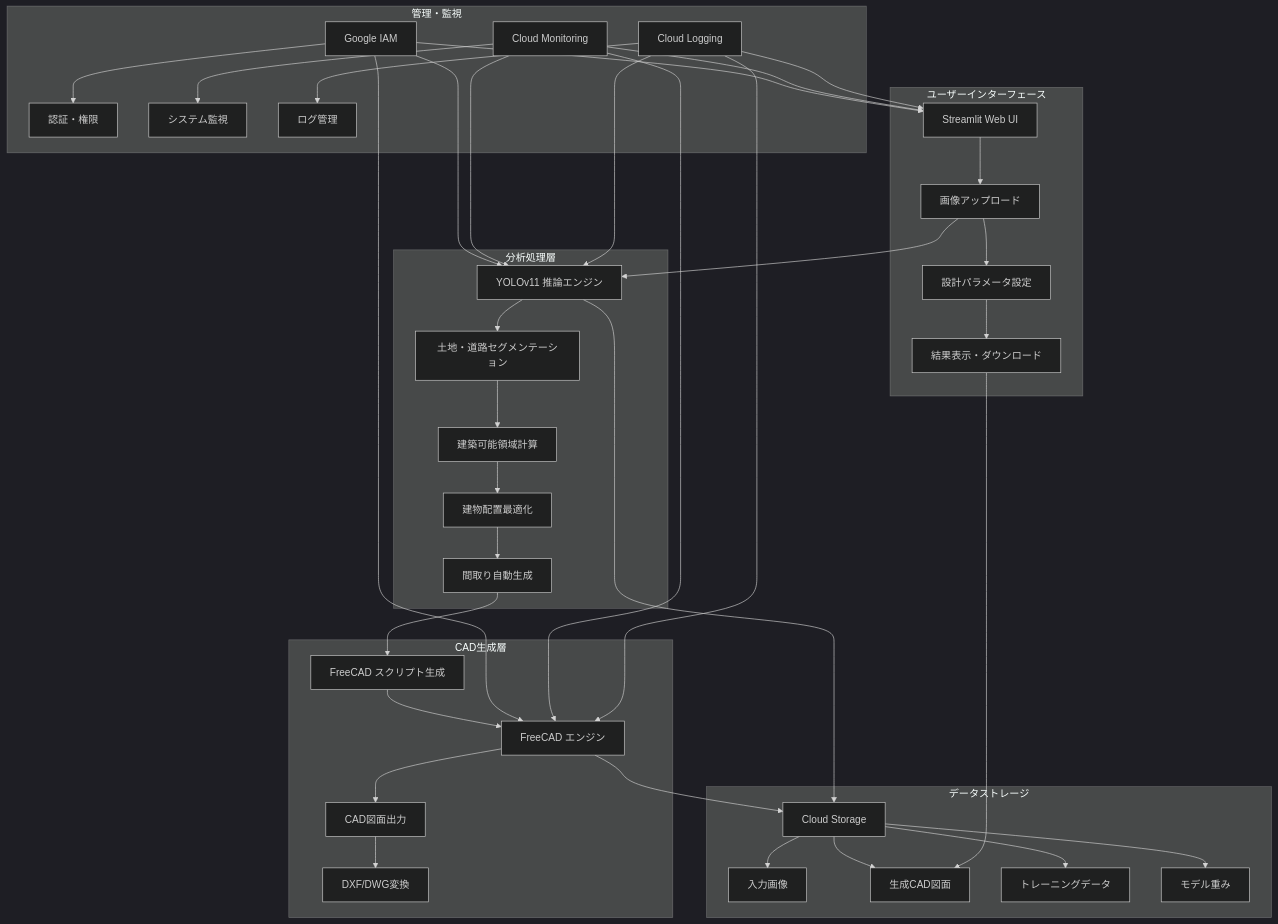
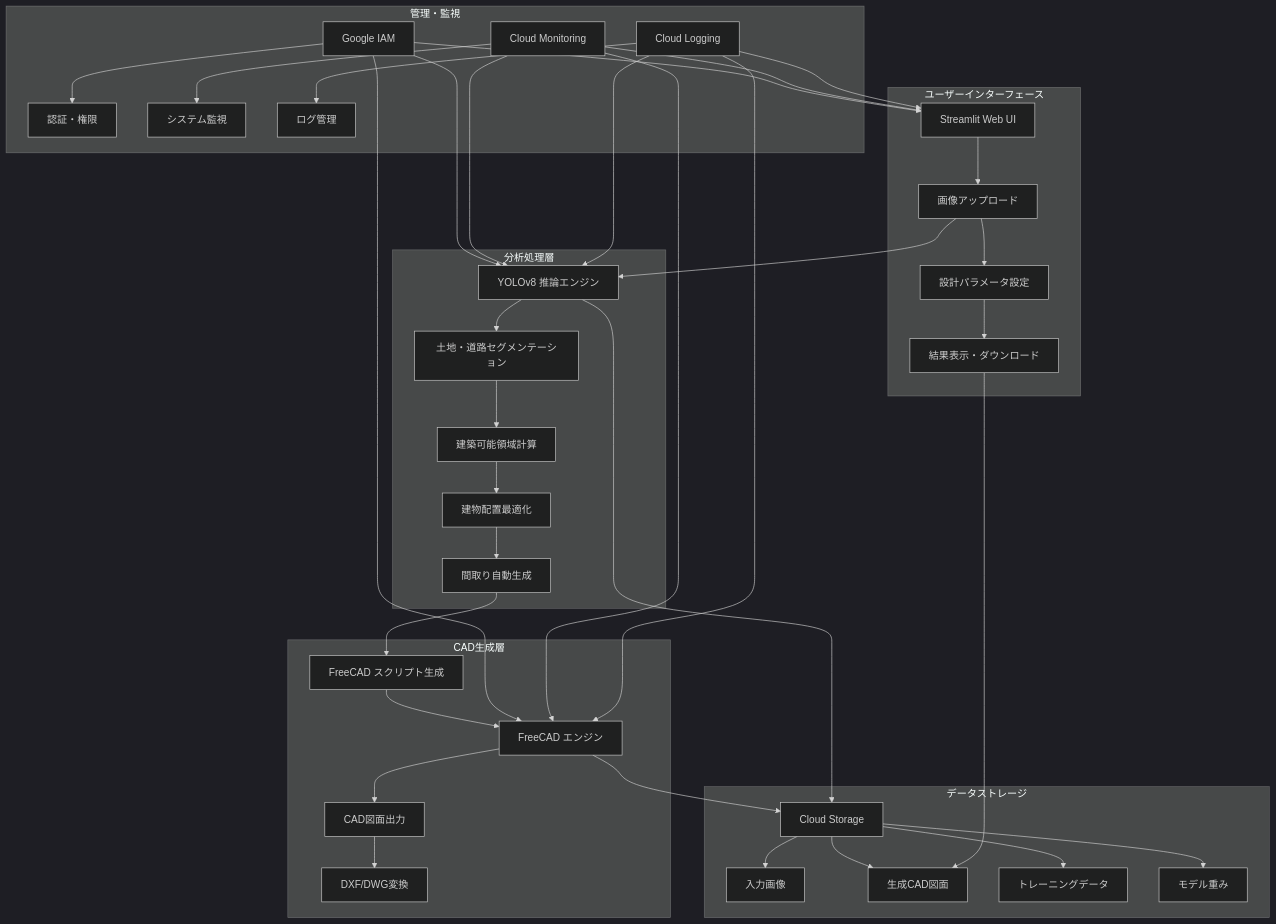
The diagram in DOCS/0407/0407systemstructure.md (terisuke/house-design-ai), drawn with Mermaid (dark theme) before and after one commit. The commit also changed other lines of this file and 8 other files, not shown here.

````diff
--- a/DOCS/0407/0407systemstructure.md
+++ b/DOCS/0407/0407systemstructure.md
@@ -9,49 +9,49 @@
 ```mermaid
 graph TB
     subgraph "ユーザーインターフェース"
         A[Streamlit Web UI] --> B[画像アップロード]
         B --> C[設計パラメータ設定]
         C --> D[結果表示・ダウンロード]
     end
 
     subgraph "分析処理層"
-        E[YOLOv11 推論エンジン] --> F[土地・道路セグメンテーション]
+        E[YOLOv8 推論エンジン] --> F[土地・道路セグメンテーション]
         F --> G[建築可能領域計算]
         G --> H[建物配置最適化]
         H --> I[間取り自動生成]
     end
 
     subgraph "CAD生成層"
         I --> J[FreeCAD スクリプト生成]
         J --> K[FreeCAD エンジン]
         K --> L[CAD図面出力]
         L --> M[DXF/DWG変換]
     end
 
     subgraph "データストレージ"
         N[Cloud Storage] --> O[入力画像]
         N --> P[生成CAD図面]
         N --> Q[トレーニングデータ]
         N --> R[モデル重み]
     end
 
     subgraph "管理・監視"
         S[Google IAM] --> T[認証・権限]
         U[Cloud Monitoring] --> V[システム監視]
         W[Cloud Logging] --> X[ログ管理]
     end
 
     B --> E
     D --> P
     E --> N
     K --> N
     S --> A
     S --> E
     S --> K
     U --> A
     U --> E
     U --> K
     W --> A
     W --> E
     W --> K
 ```
````
